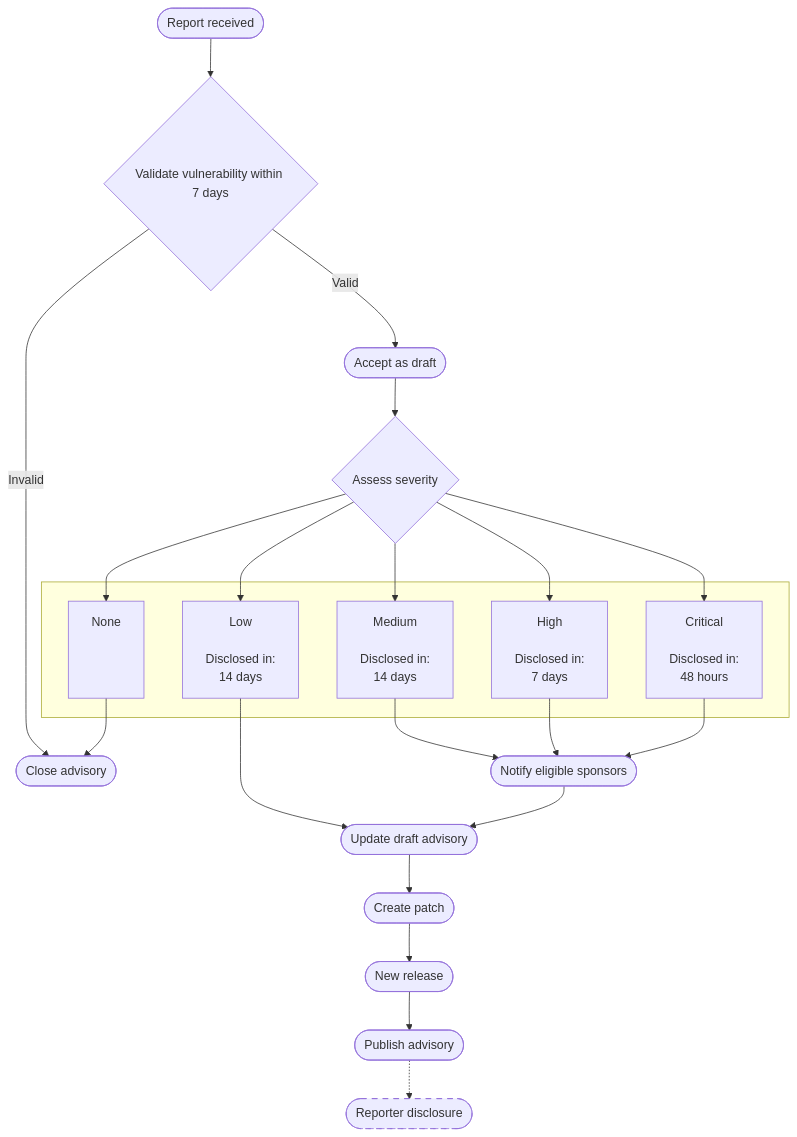
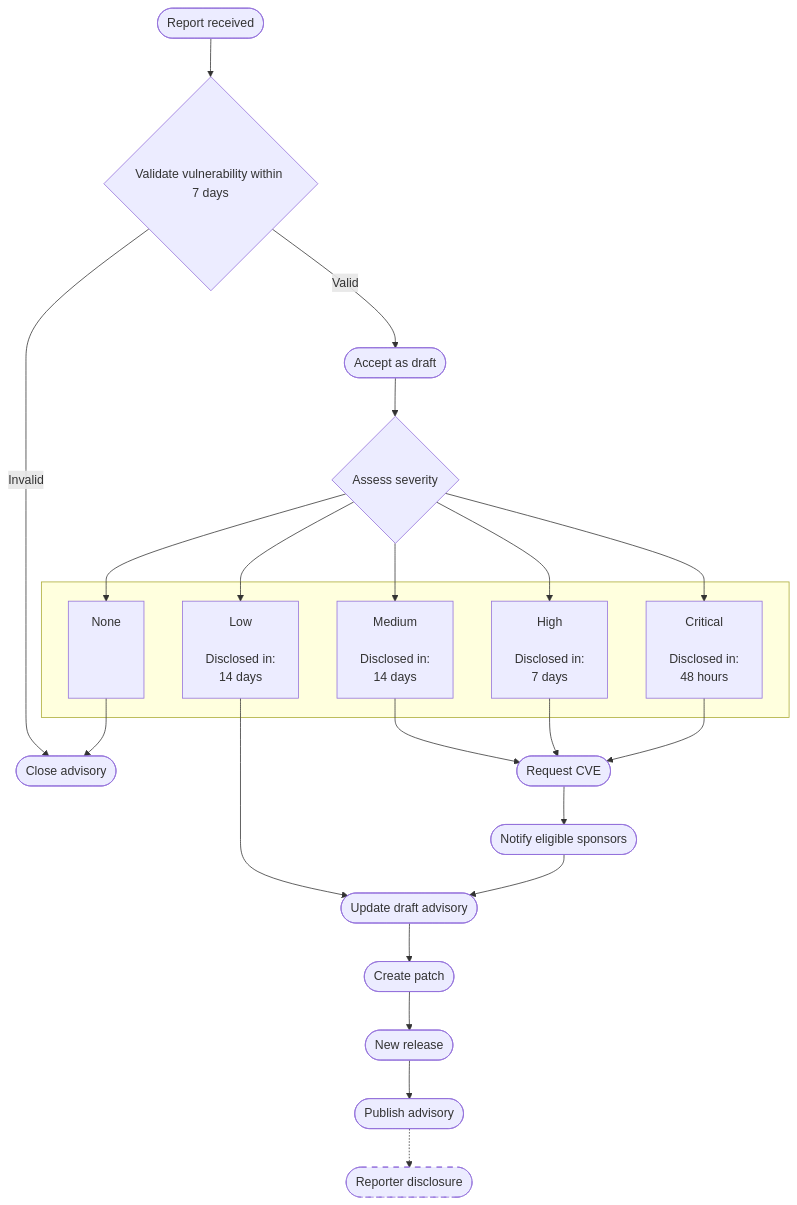
One commit to ImageMagick/.github changed the diagram in SECURITY.md. Above: the diagram before and after it, drawn with Mermaid. The commit also changed other lines of this file, not shown here.

Commit message:
Make it more clear we won't request a CVE for low severity reports.

````diff
--- a/SECURITY.md
+++ b/SECURITY.md
@@ -26,36 +26,37 @@
 ```mermaid
 flowchart TD
     START([Report received]) --> VALIDATE{Validate vulnerability within 7 days}
 
     VALIDATE -->|Invalid| CLOSE([Close advisory])
     VALIDATE -->|Valid| DRAFT([Accept as draft])
 
     DRAFT --> ASSESS{Assess severity}
 
     subgraph severity [" "]
         NONE["None<br/><br/><br/>&nbsp;"]
         LOW["Low<br/><br/>Disclosed in:<br/>14 days"]
         MEDIUM["Medium<br/><br/>Disclosed in:<br/>14 days"]
         HIGH["High<br/><br/>Disclosed in:<br/>7 days"]
         CRITICAL["Critical<br/><br/>Disclosed in:<br/>48 hours"]
     end
 
     ASSESS --> NONE
     ASSESS --> LOW
     ASSESS --> MEDIUM
     ASSESS --> HIGH
     ASSESS --> CRITICAL
-    
+
     NONE --> CLOSE
-    LOW --> UPDATE   
-    MEDIUM --> NOTIFY([Notify eligible sponsors])
-    HIGH --> NOTIFY
-    CRITICAL --> NOTIFY
+    LOW --> UPDATE
+    MEDIUM --> CVE([Request CVE])
+    HIGH --> CVE
+    CRITICAL --> CVE
+    CVE --> NOTIFY([Notify eligible sponsors])
 
     NOTIFY --> UPDATE([Update draft advisory])
     UPDATE --> PATCH([Create patch])
     PATCH --> RELEASE([New release])
     RELEASE --> PUBLISH([Publish advisory])
     PUBLISH -.-> DISCLOSE([Reporter disclosure])
     style DISCLOSE stroke-dasharray: 7
 ```
````
